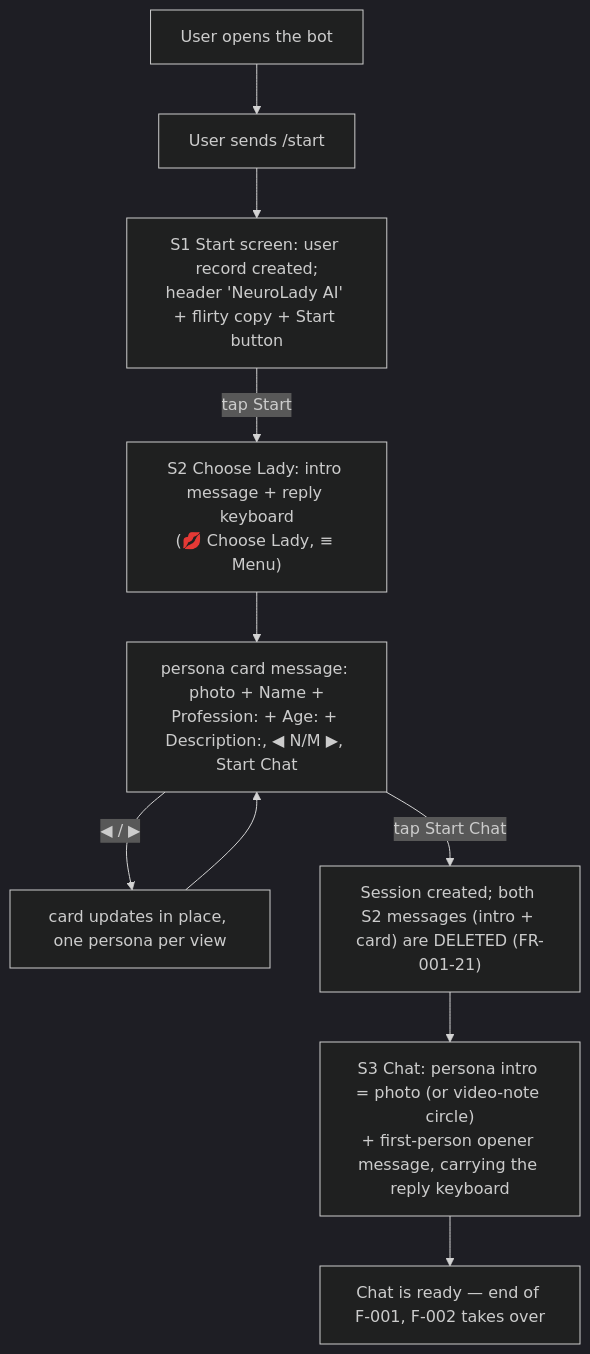
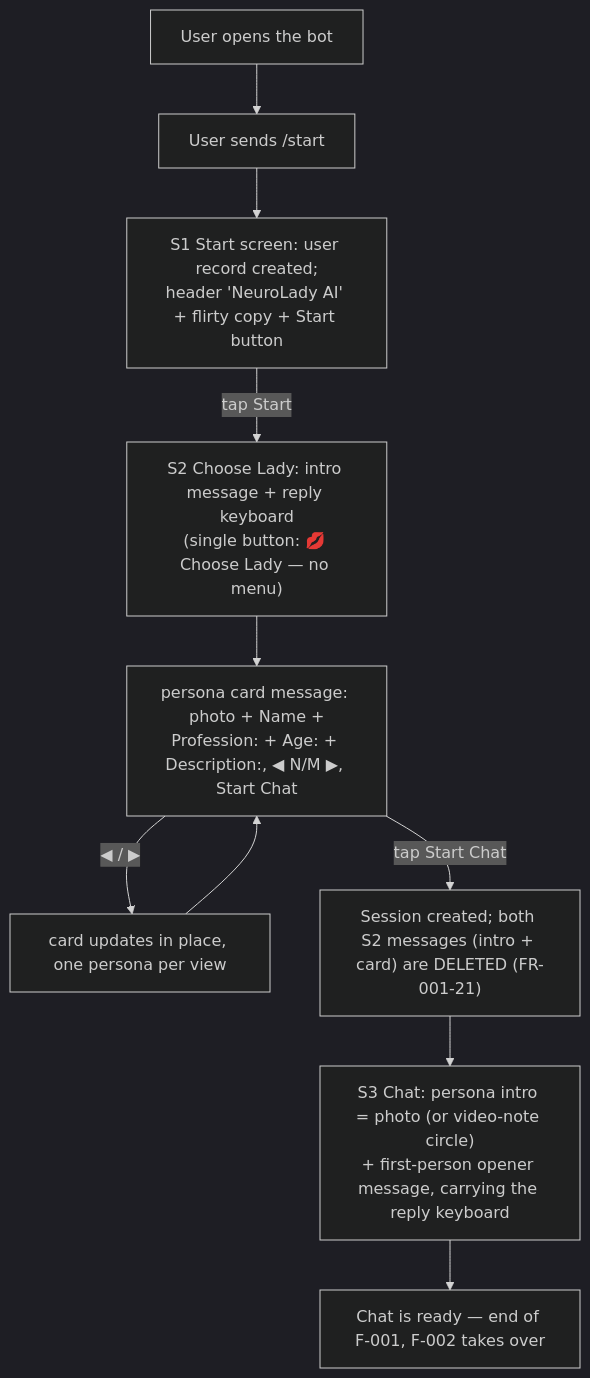
One commit to b3ly4ck/NeuroLady_Persona_Engine changed the first of 3 diagrams in developer files/features/F-001-onboarding-persona-selection.md. Above: the diagram before and after it, drawn with Mermaid (dark theme). The commit also changed other lines of this file and 10 other files, not shown here.

````diff
--- a/developer files/features/F-001-onboarding-persona-selection.md
+++ b/developer files/features/F-001-onboarding-persona-selection.md
@@ -59,12 +59,12 @@
 ```mermaid
 flowchart TD
     A[User opens the bot] --> B[User sends /start]
     B --> C["S1 Start screen: user record created;<br/>header 'NeuroLady AI' + flirty copy + Start button"]
-    C -->|tap Start| D["S2 Choose Lady: intro message + reply keyboard<br/>(💋 Choose Lady, ≡ Menu)"]
+    C -->|tap Start| D["S2 Choose Lady: intro message + reply keyboard<br/>(single button: 💋 Choose Lady — no menu)"]
     D --> E["persona card message: photo + Name +<br/>Profession: + Age: + Description:, ◀ N/M ▶, Start Chat"]
     E -->|◀ / ▶| E2["card updates in place, one persona per view"]
     E2 --> E
     E -->|tap Start Chat| F["Session created; both S2 messages (intro + card) are DELETED (FR-001-21)"]
     F --> G["S3 Chat: persona intro = photo (or video-note circle)<br/>+ first-person opener message, carrying the reply keyboard"]
     G --> I[Chat is ready — end of F-001, F-002 takes over]
 ```
````
